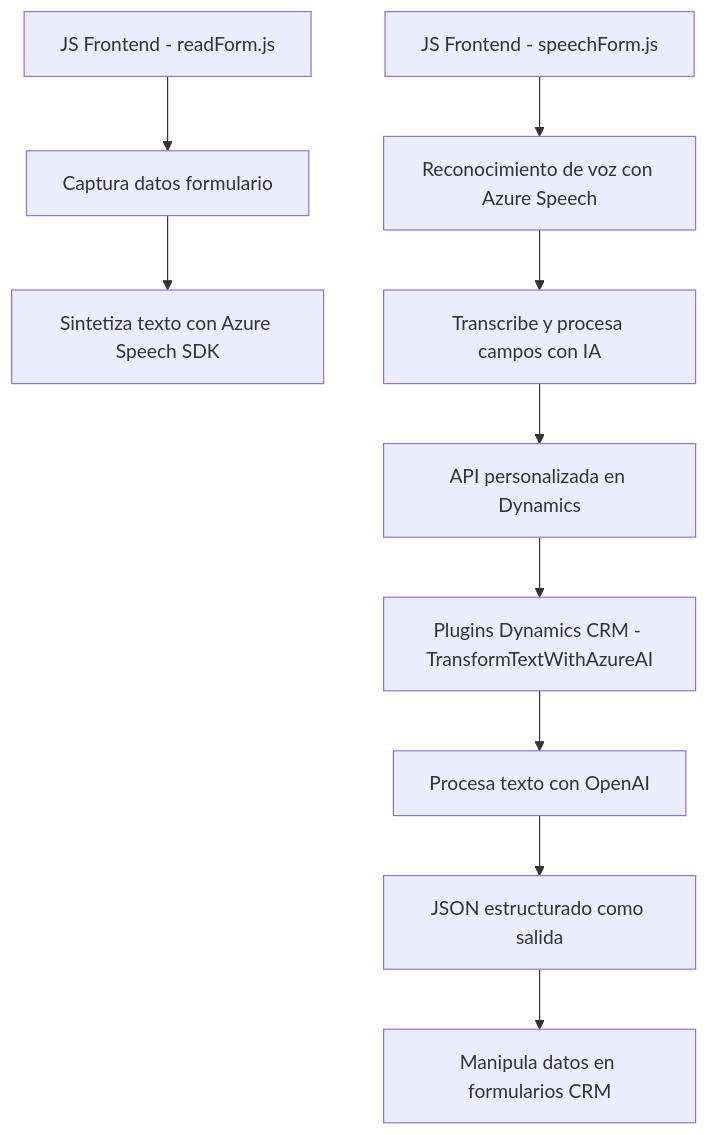
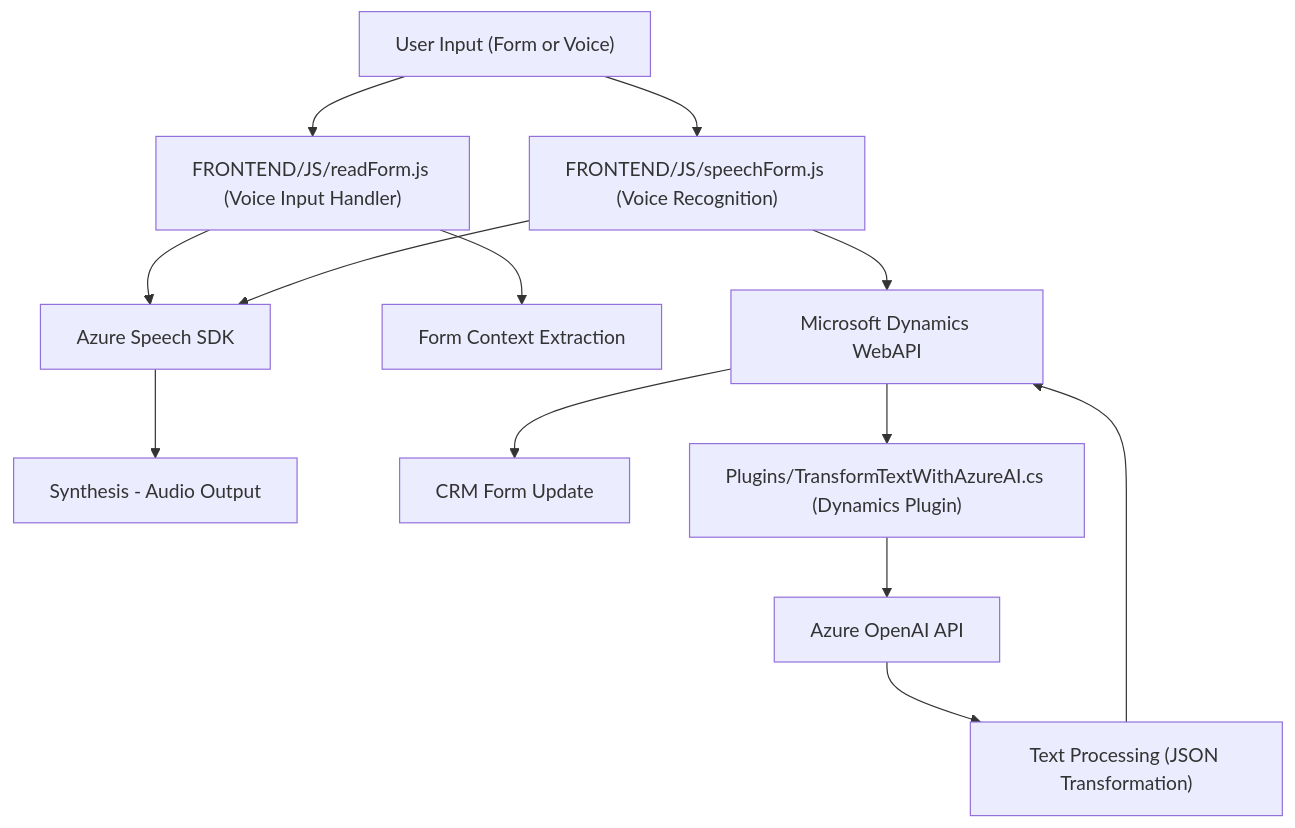
One commit to blopezdm/NETCORE_BILBAO2025 changed the diagram in README.md. Above: the diagram before and after it, drawn with Mermaid. The commit also changed other lines of this file, not shown here.

Commit message:
Actualizar análisis global de la solución con IA

````diff
--- a/README.md
+++ b/README.md
@@ -46,12 +47,15 @@
 ```mermaid
 graph TD
-    A[JS Frontend - readForm.js] --> B["Captura datos formulario"]
-    B --> C["Sintetiza texto con Azure Speech SDK"]
-    D[JS Frontend - speechForm.js] --> E["Reconocimiento de voz con Azure Speech"]
-    E --> F["Transcribe y procesa campos con IA"]
-    F --> G["API personalizada en Dynamics"]
-    G --> H["Plugins Dynamics CRM - TransformTextWithAzureAI"]
-    H --> I["Procesa texto con OpenAI"]
-    I --> J["JSON estructurado como salida"]
-    J --> K["Manipula datos en formularios CRM"]
+    A["User Input (Form or Voice)"] --> B["FRONTEND/JS/readForm.js (Voice Input Handler)"]
+    B --> C["Azure Speech SDK"]
+    C --> D["Synthesis - Audio Output"]
+    B --> E["Form Context Extraction"]
+    A --> F["FRONTEND/JS/speechForm.js (Voice Recognition)"]
+    F --> C
+    F --> G["Microsoft Dynamics WebAPI"]
+    G --> H["CRM Form Update"]
+    G --> I["Plugins/TransformTextWithAzureAI.cs (Dynamics Plugin)"]
+    I --> J["Azure OpenAI API"]
+    J --> K["Text Processing (JSON Transformation)"]
+    K --> G
 ```
````
